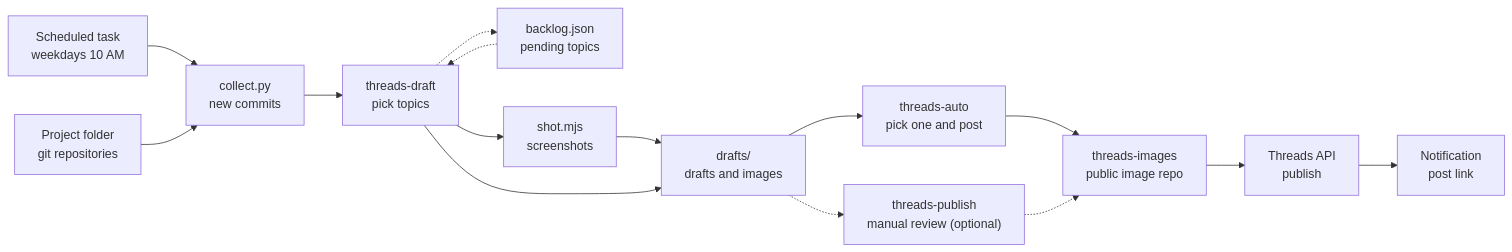
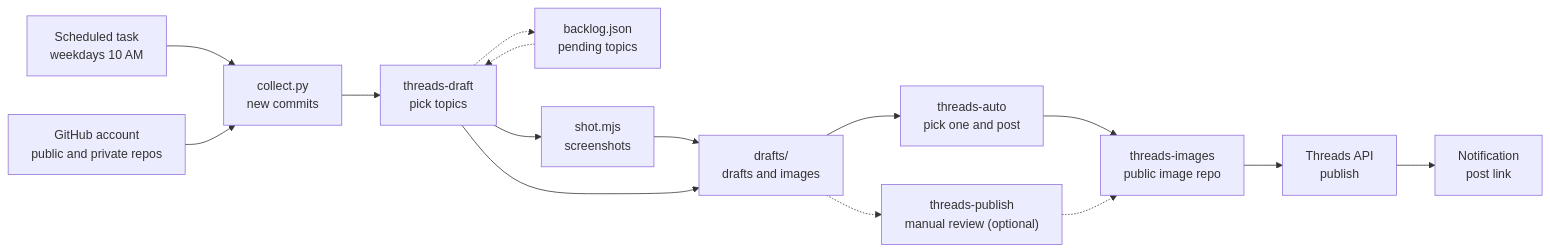
The diagram in README.en.md (mivomad33/thread-manager), drawn with Mermaid before and after one commit. The commit also changed other lines of this file and 7 other files, not shown here.

First line of the commit message:
Collect commits from every GitHub repository instead of the local projects folder

````diff
--- a/README.en.md
+++ b/README.en.md
@@ -33,17 +33,17 @@
 ```mermaid
 flowchart LR
   S["Scheduled task<br/>weekdays 10 AM"] --> B["collect.py<br/>new commits"]
-  A["Project folder<br/>git repositories"] --> B
+  A["GitHub account<br/>public and private repos"] --> B
   B --> C["threads-draft<br/>pick topics"]
   K["backlog.json<br/>pending topics"] -.-> C
   C -.-> K
   C --> D["shot.mjs<br/>screenshots"]
   D --> E["drafts/<br/>drafts and images"]
   C --> E
   E --> F["threads-auto<br/>pick one and post"]
   E -.-> P["threads-publish<br/>manual review (optional)"]
   F --> G["threads-images<br/>public image repo"]
   P -.-> G
   G --> H["Threads API<br/>publish"]
   H --> N["Notification<br/>post link"]
 ```
````
